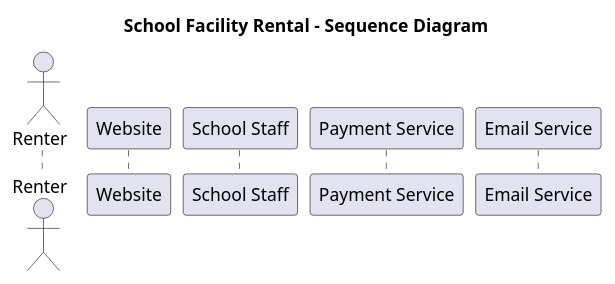
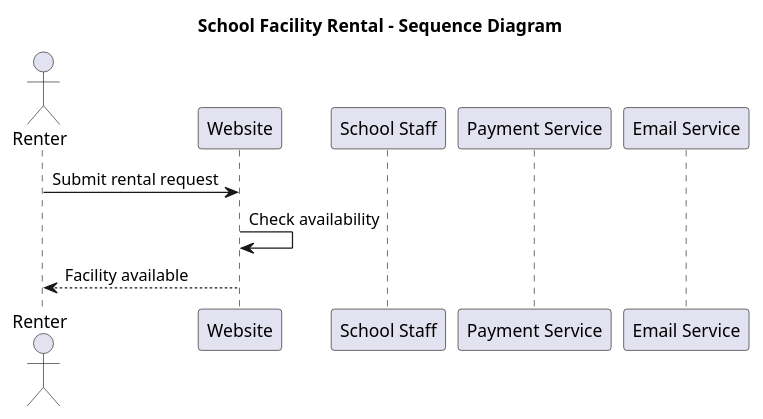
Before and after one commit to Umar-Azizadah/CS3560-Homework6: the diagram in SequenceDiagram.puml, drawn with PlantUML.

Commit message:
feat: Add rental submission and availability check

```diff
--- a/SequenceDiagram.puml
+++ b/SequenceDiagram.puml
@@ -2,10 +2,18 @@
 @startuml
 title School Facility Rental - Sequence Diagram
 
 actor Renter
 participant Website
 participant "School Staff" as Staff
 participant "Payment Service" as Pay
 participant "Email Service" as Email
 
+
+' Renter submits a rental request
+Renter -> Website: Submit rental request
+
+' Website checks availability
+Website -> Website: Check availability
+Website --> Renter: Facility available
+
 @enduml
```
